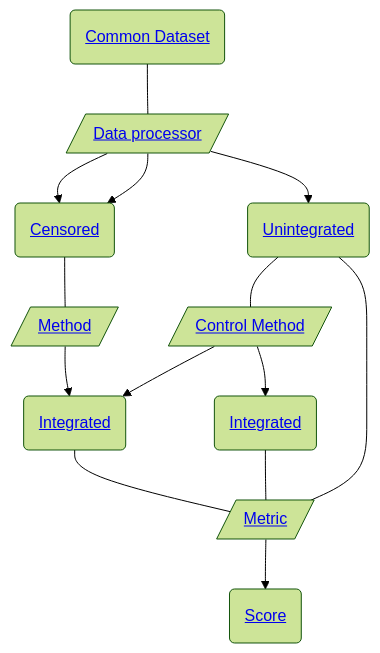
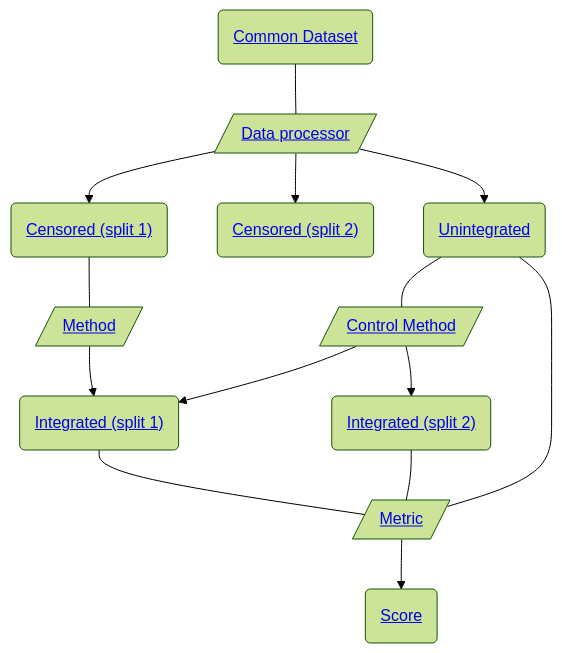
One commit to openproblems-bio/task_cyto_batch_integration changed the diagram in README.md. Above: the diagram before and after it, drawn with Mermaid (forest theme). The commit also changed other lines of this file and 6 other files, not shown here.

````diff
--- a/README.md
+++ b/README.md
@@ -45,26 +45,27 @@
 ``` mermaid
 flowchart TB
   file_common_dataset("<a href='https://github.com/openproblems-bio/task_cyto_batch_integration#file-format-common-dataset'>Common Dataset</a>")
   comp_data_processor[/"<a href='https://github.com/openproblems-bio/task_cyto_batch_integration#component-type-data-processor'>Data processor</a>"/]
-  file_censored("<a href='https://github.com/openproblems-bio/task_cyto_batch_integration#file-format-censored'>Censored</a>")
+  file_censored_split1("<a href='https://github.com/openproblems-bio/task_cyto_batch_integration#file-format-censored--split-1-'>Censored (split 1)</a>")
+  file_censored_split2("<a href='https://github.com/openproblems-bio/task_cyto_batch_integration#file-format-censored--split-2-'>Censored (split 2)</a>")
   file_unintegrated("<a href='https://github.com/openproblems-bio/task_cyto_batch_integration#file-format-unintegrated'>Unintegrated</a>")
   comp_method[/"<a href='https://github.com/openproblems-bio/task_cyto_batch_integration#component-type-method'>Method</a>"/]
   comp_control_method[/"<a href='https://github.com/openproblems-bio/task_cyto_batch_integration#component-type-control-method'>Control Method</a>"/]
   comp_metric[/"<a href='https://github.com/openproblems-bio/task_cyto_batch_integration#component-type-metric'>Metric</a>"/]
-  file_integrated_split1("<a href='https://github.com/openproblems-bio/task_cyto_batch_integration#file-format-integrated'>Integrated</a>")
-  file_integrated_split2("<a href='https://github.com/openproblems-bio/task_cyto_batch_integration#file-format-integrated'>Integrated</a>")
+  file_integrated_split1("<a href='https://github.com/openproblems-bio/task_cyto_batch_integration#file-format-integrated--split-1-'>Integrated (split 1)</a>")
+  file_integrated_split2("<a href='https://github.com/openproblems-bio/task_cyto_batch_integration#file-format-integrated--split-2-'>Integrated (split 2)</a>")
   file_score("<a href='https://github.com/openproblems-bio/task_cyto_batch_integration#file-format-score'>Score</a>")
   file_common_dataset---comp_data_processor
-  comp_data_processor-->file_censored
-  comp_data_processor-->file_censored
+  comp_data_processor-->file_censored_split1
+  comp_data_processor-->file_censored_split2
   comp_data_processor-->file_unintegrated
-  file_censored---comp_method
+  file_censored_split1---comp_method
   file_unintegrated---comp_control_method
   file_unintegrated---comp_metric
   comp_method-->file_integrated_split1
   comp_control_method-->file_integrated_split1
   comp_control_method-->file_integrated_split2
   comp_metric-->file_score
   file_integrated_split1---comp_metric
   file_integrated_split2---comp_metric
 ```
````
